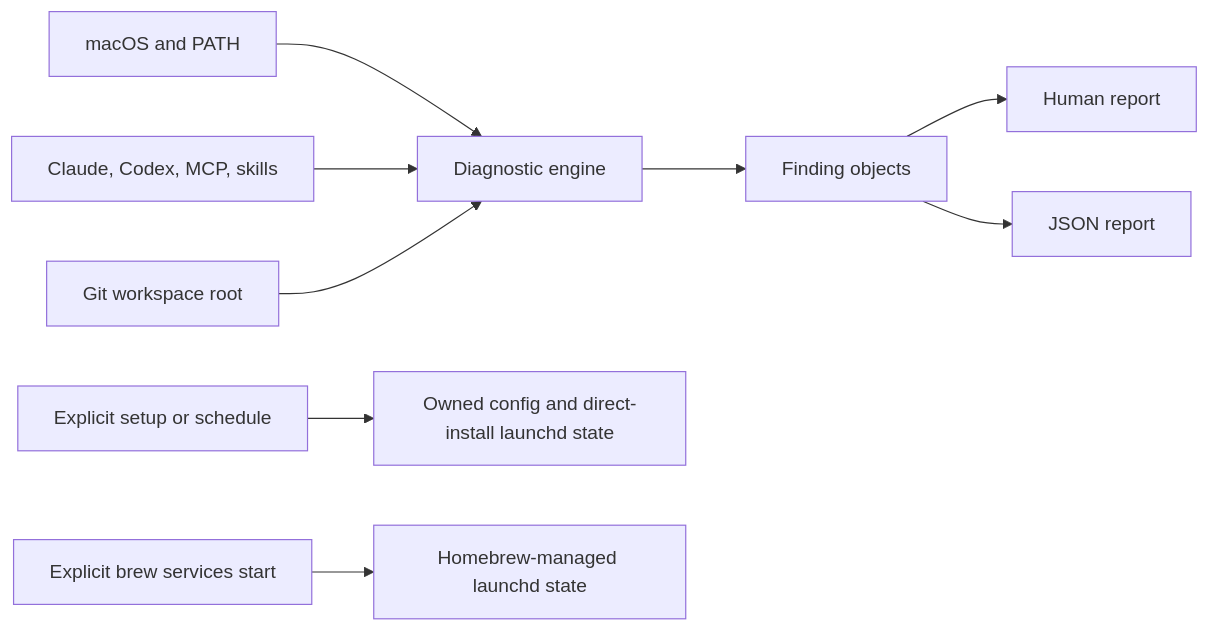
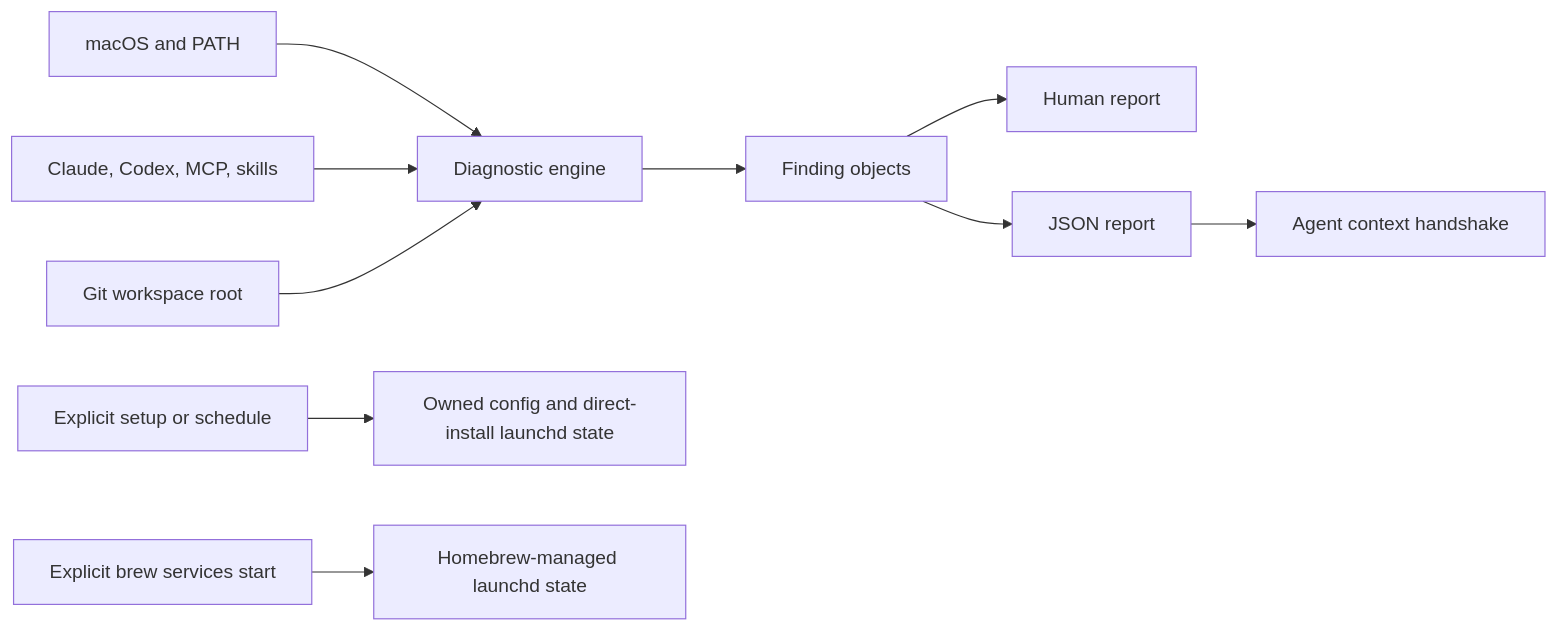
Before and after one commit to nyldn/ai-optimizer: the diagram in docs/architecture.md, drawn with Mermaid. The commit also changed other lines of this file and 13 other files, not shown here.

Commit message:
feat: add agent context handshake (#8)

````diff
--- a/docs/architecture.md
+++ b/docs/architecture.md
@@ -6,11 +6,12 @@
 ```mermaid
 flowchart LR
     A[macOS and PATH] --> D[Diagnostic engine]
     B[Claude, Codex, MCP, skills] --> D
     C[Git workspace root] --> D
     D --> E[Finding objects]
     E --> F[Human report]
     E --> G[JSON report]
+    G --> L[Agent context handshake]
     H[Explicit setup or schedule] --> I[Owned config and direct-install launchd state]
     J[Explicit brew services start] --> K[Homebrew-managed launchd state]
 ```
````
